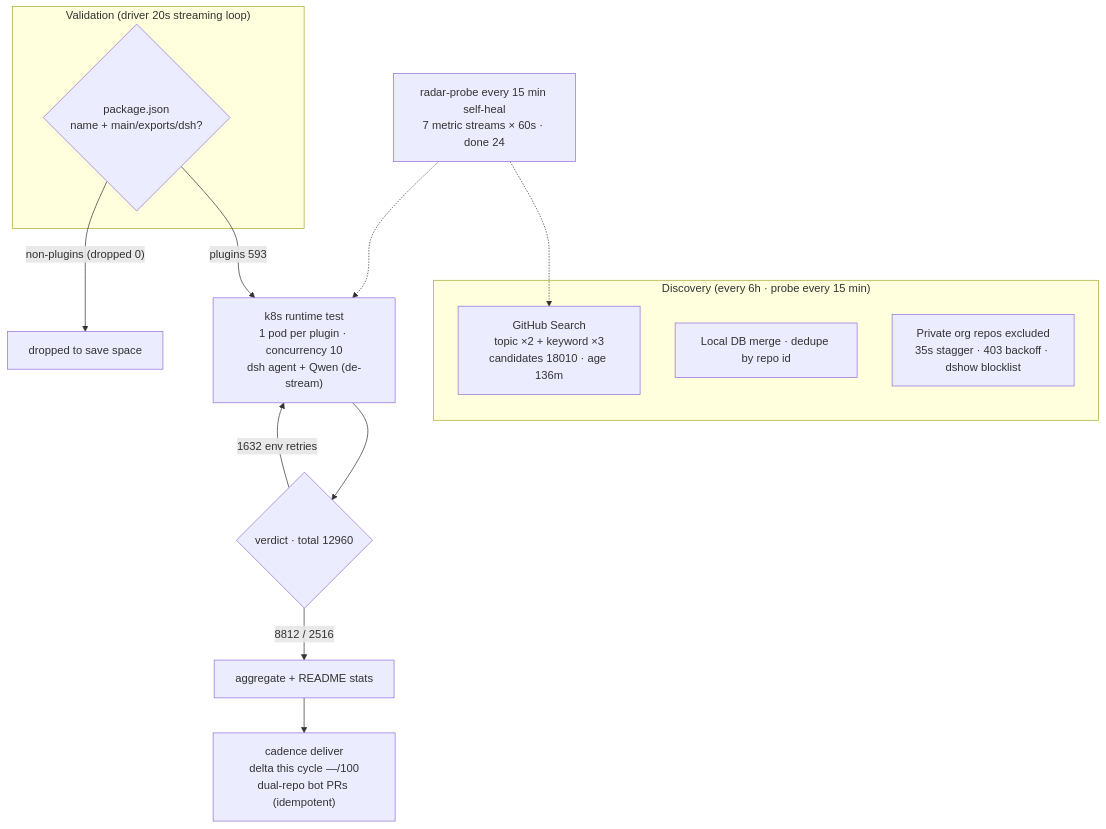
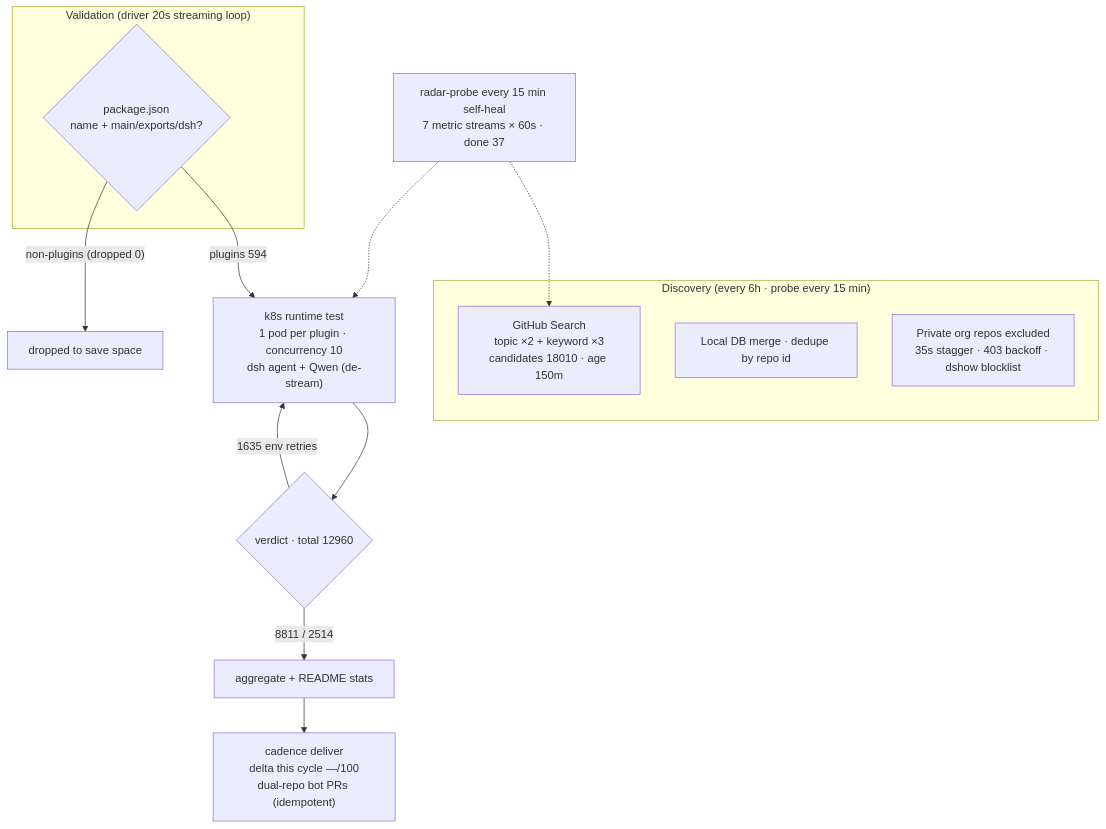
One commit to AdamPlatin123/awesome-dsh-plugins changed the diagram in README.en-US.md. Above: the diagram before and after it, drawn with Mermaid. The commit also changed other lines of this file and 5 other files, not shown here.

````diff
--- a/README.en-US.md
+++ b/README.en-US.md
@@ -45,20 +45,20 @@
 ```mermaid
 flowchart TB
     subgraph Discovery["Discovery (every 6h · probe every 15 min)"]
-        A1["GitHub Search<br/>topic ×2 + keyword ×3<br/>candidates 18010 · age 136m"]
+        A1["GitHub Search<br/>topic ×2 + keyword ×3<br/>candidates 18010 · age 150m"]
         A2["Local DB merge · dedupe by repo id"]
         A3["Private org repos excluded<br/>35s stagger · 403 backoff · dshow blocklist"]
     end
     subgraph Validation["Validation (driver 20s streaming loop)"]
         B1{"package.json<br/>name + main/exports/dsh?"}
     end
-    B1 -->|"plugins 593"| C1["k8s runtime test<br/>1 pod per plugin · concurrency 10<br/>dsh agent + Qwen (de-stream)"]
+    B1 -->|"plugins 594"| C1["k8s runtime test<br/>1 pod per plugin · concurrency 10<br/>dsh agent + Qwen (de-stream)"]
     B1 -->|"non-plugins (dropped 0)"| B3["dropped to save space"]
     C1 --> D1{"verdict · total 12960"}
-    D1 -->|"8812 / 2516"| E1["aggregate + README stats"]
-    D1 -->|"1632 env retries"| C1
+    D1 -->|"8811 / 2514"| E1["aggregate + README stats"]
+    D1 -->|"1635 env retries"| C1
     E1 --> E2["cadence deliver<br/>delta this cycle —/100<br/>dual-repo bot PRs (idempotent)"]
-    M["radar-probe every 15 min self-heal<br/>7 metric streams × 60s · done 24"]
+    M["radar-probe every 15 min self-heal<br/>7 metric streams × 60s · done 37"]
     M -.-> A1
     M -.-> C1
 ```
````
